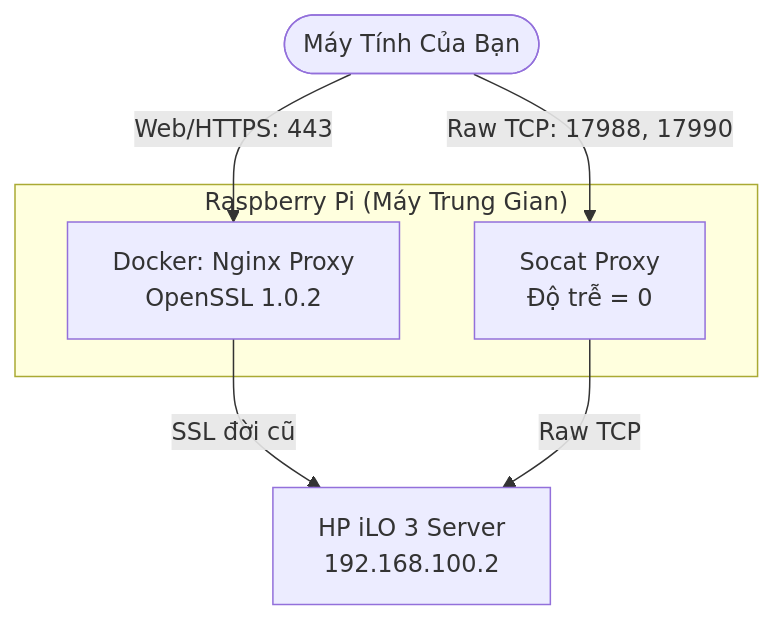
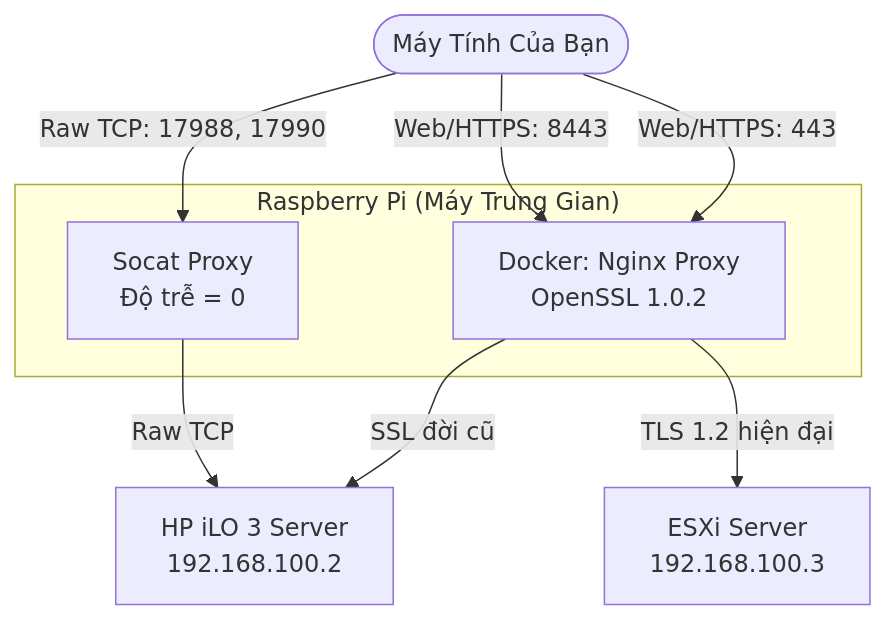
Before and after one commit to duy12i1i7/iLO3-HP-Server: the diagram in README.vi.md, drawn with Mermaid. The commit also changed 1 other file, not shown here.

Commit message:
Doc: Update Mermaid diagram to include ESXi proxy on port 8443

````diff
--- a/README.vi.md
+++ b/README.vi.md
@@ -20,13 +20,15 @@
 ```mermaid
 graph TD
     User(["Máy Tính Của Bạn"]) -->|Web/HTTPS: 443| Nginx["Docker: Nginx Proxy<br/>OpenSSL 1.0.2"]
+    User -->|Web/HTTPS: 8443| Nginx
     User -->|Raw TCP: 17988, 17990| Socat["Socat Proxy<br/>Độ trễ = 0"]
     
     subgraph "Raspberry Pi (Máy Trung Gian)"
         Nginx
         Socat
     end
 
     Nginx -->|SSL đời cũ| iLO["HP iLO 3 Server<br/>192.168.100.2"]
+    Nginx -->|TLS 1.2 hiện đại| ESXi["ESXi Server<br/>192.168.100.3"]
     Socat -->|Raw TCP| iLO
 ```
````
